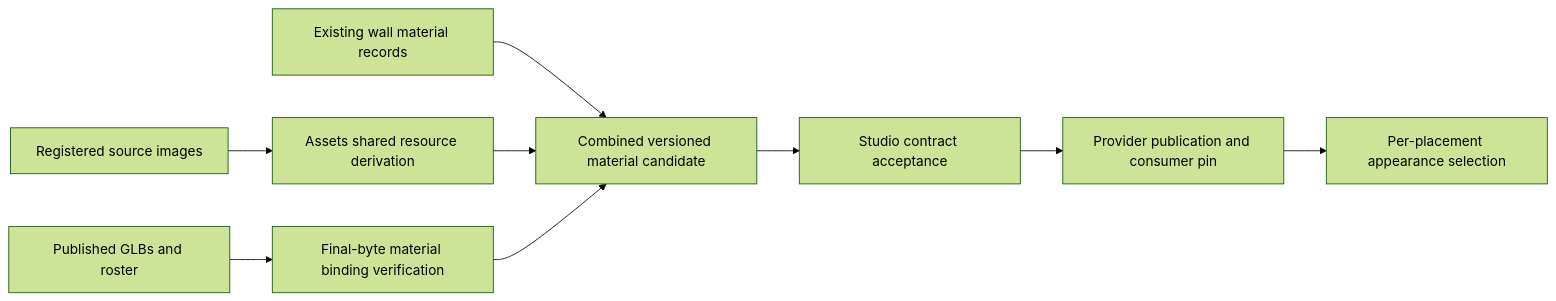
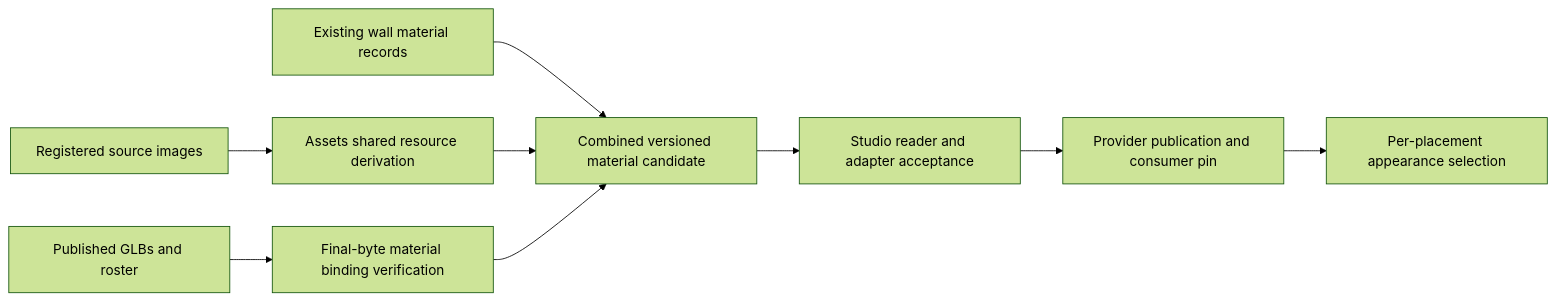
One commit to KirkDiggler/rpg-project changed the diagram in ideas/assets/pack-material-profiles/atlas-provider-design.md. Above: the diagram before and after it, drawn with Mermaid (forest theme). The commit also changed other lines of this file and 1 other file, not shown here.

````diff
--- a/ideas/assets/pack-material-profiles/atlas-provider-design.md
+++ b/ideas/assets/pack-material-profiles/atlas-provider-design.md
@@ -5,11 +5,11 @@
 ```mermaid
 flowchart LR
   S[Registered source images] --> D[Assets shared resource derivation]
   G[Published GLBs and roster] --> B[Final-byte material binding verification]
   W[Existing wall material records] --> C[Combined versioned material candidate]
   D --> C
   B --> C
-  C --> A[Studio contract acceptance]
+  C --> A[Studio reader and adapter acceptance]
   A --> P[Provider publication and consumer pin]
   P --> V[Per-placement appearance selection]
 ```
````
